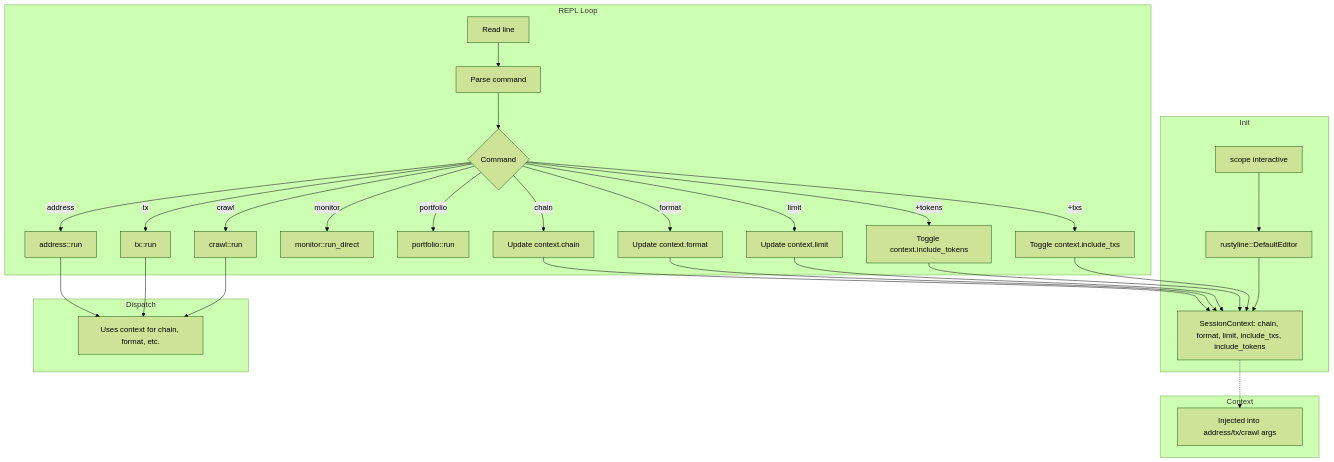
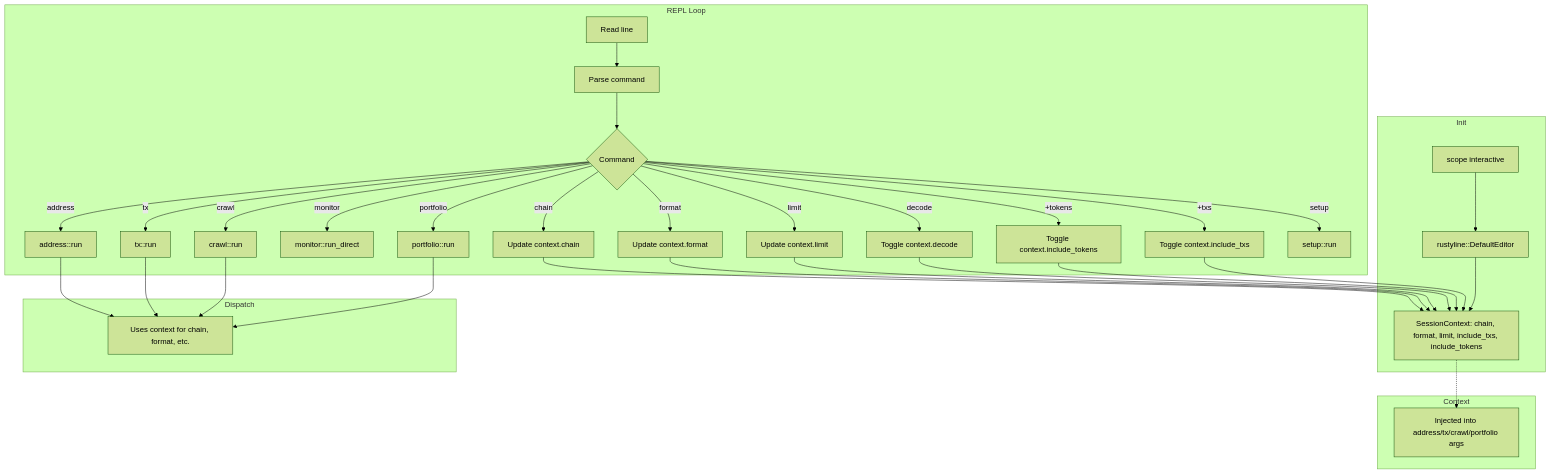
The diagram in docs/architecture/dataflow-interactive.md (robot-accomplice/scope-blockchain-analysis), drawn with Mermaid (forest theme) before and after one commit. The commit also changed other lines of this file and 33 other files, not shown here.

````diff
--- a/docs/architecture/dataflow-interactive.md
+++ b/docs/architecture/dataflow-interactive.md
@@ -5,37 +5,41 @@
 ```mermaid
 flowchart TB
     subgraph Init
         A[scope interactive] --> B[ rustyline::DefaultEditor]
         B --> C[SessionContext: chain, format, limit, include_txs, include_tokens]
     end
 
     subgraph Loop["REPL Loop"]
         D[Read line] --> E[Parse command]
         E --> F{Command}
         F -->|address| G[address::run]
         F -->|tx| H[tx::run]
         F -->|crawl| I[crawl::run]
         F -->|monitor| J[monitor::run_direct]
         F -->|portfolio| K[portfolio::run]
         F -->|chain| L[Update context.chain]
         F -->|format| M[Update context.format]
         F -->|limit| N[Update context.limit]
-        F -->|+tokens| O[Toggle context.include_tokens]
-        F -->|+txs| P[Toggle context.include_txs]
+        F -->|decode| O[Toggle context.decode]
+        F -->|+tokens| P[Toggle context.include_tokens]
+        F -->|+txs| Q[Toggle context.include_txs]
+        F -->|setup| R[setup::run]
     end
 
     subgraph Context
-        C -.-> Q[Injected into address/tx/crawl args]
+        C -.-> S[Injected into address/tx/crawl/portfolio args]
         L --> C
         M --> C
         N --> C
         O --> C
         P --> C
+        Q --> C
     end
 
     subgraph Dispatch
-        G --> R[Uses context for chain, format, etc.]
-        H --> R
-        I --> R
+        G --> T[Uses context for chain, format, etc.]
+        H --> T
+        I --> T
+        K --> T
     end
 ```
````
